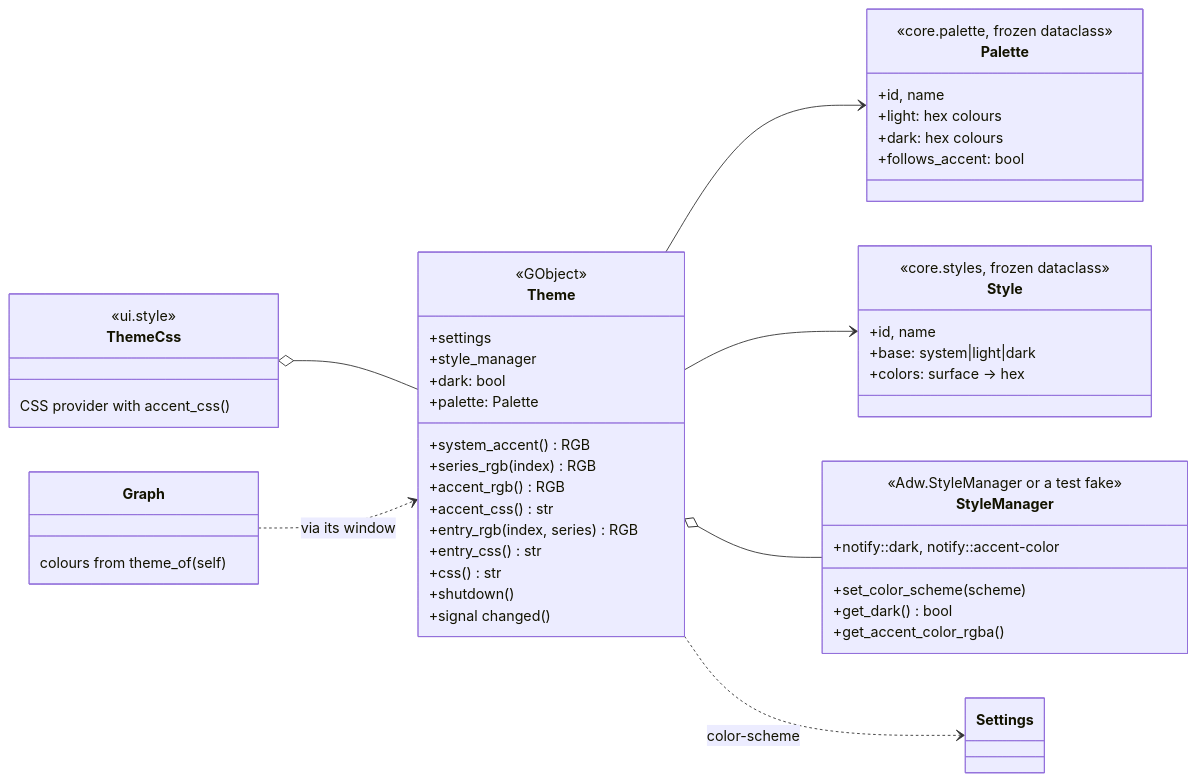
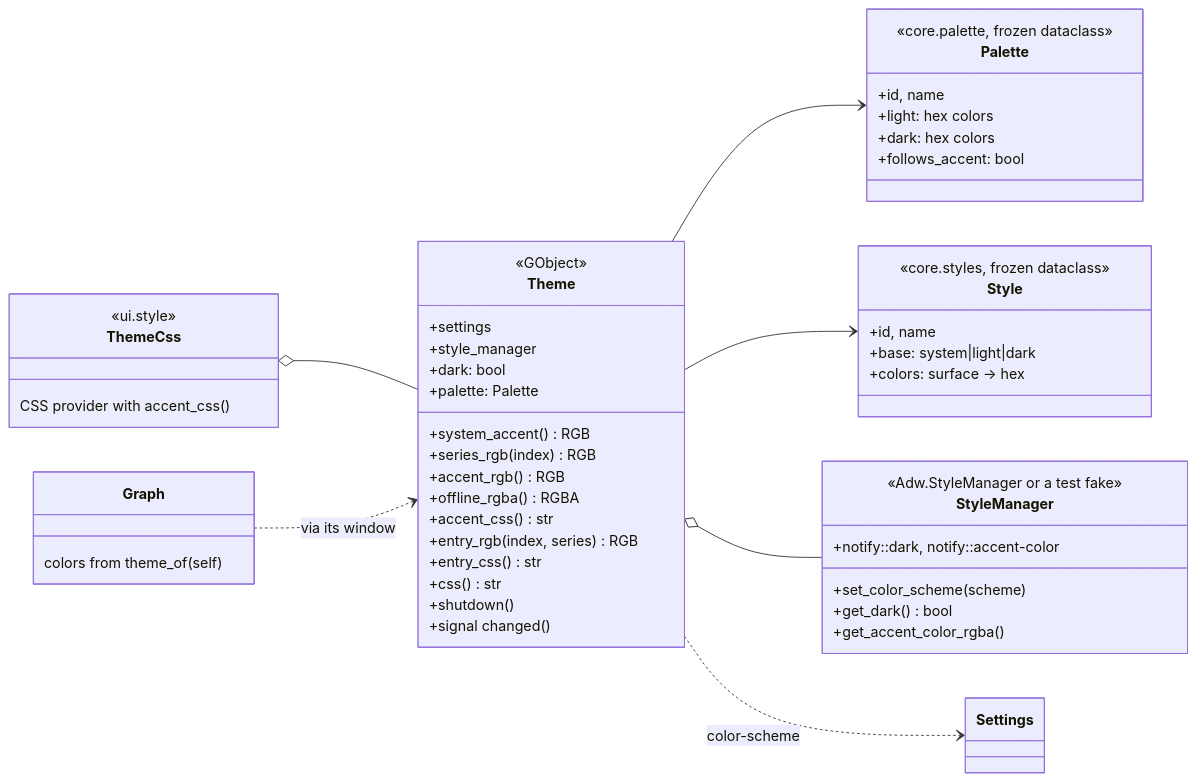
Before and after one commit to mamadingleberry/proccoli: diagram 21 of 47 in docs/DESIGN.md, drawn with Mermaid. The commit also changed other lines of this file and 44 other files, not shown here.

````diff
--- a/docs/DESIGN.md
+++ b/docs/DESIGN.md
@@ -1759,53 +1764,54 @@
 ```mermaid
 classDiagram
     direction LR
     class Theme {
         <<GObject>>
         +settings
         +style_manager
         +dark: bool
         +palette: Palette
         +system_accent() RGB
         +series_rgb(index) RGB
         +accent_rgb() RGB
+        +offline_rgba() RGBA
         +accent_css() str
         +entry_rgb(index, series) RGB
         +entry_css() str
         +css() str
         +shutdown()
         +signal changed()
     }
     class Palette {
         <<core.palette, frozen dataclass>>
         +id, name
-        +light: hex colours
-        +dark: hex colours
+        +light: hex colors
+        +dark: hex colors
         +follows_accent: bool
     }
     class ThemeCss {
         <<ui.style>>
         CSS provider with accent_css()
     }
     class Graph {
-        colours from theme_of(self)
+        colors from theme_of(self)
     }
     Theme --> Palette
     Theme --> Style
     class Style {
         <<core.styles, frozen dataclass>>
         +id, name
         +base: system|light|dark
         +colors: surface → hex
     }
     ThemeCss o-- Theme
     Graph ..> Theme : via its window
     class StyleManager {
         <<Adw.StyleManager or a test fake>>
         +set_color_scheme(scheme)
         +get_dark() bool
         +get_accent_color_rgba()
         +notify::dark, notify::accent-color
     }
     Theme o-- StyleManager
     Theme ..> Settings : color-scheme
 ```
````
